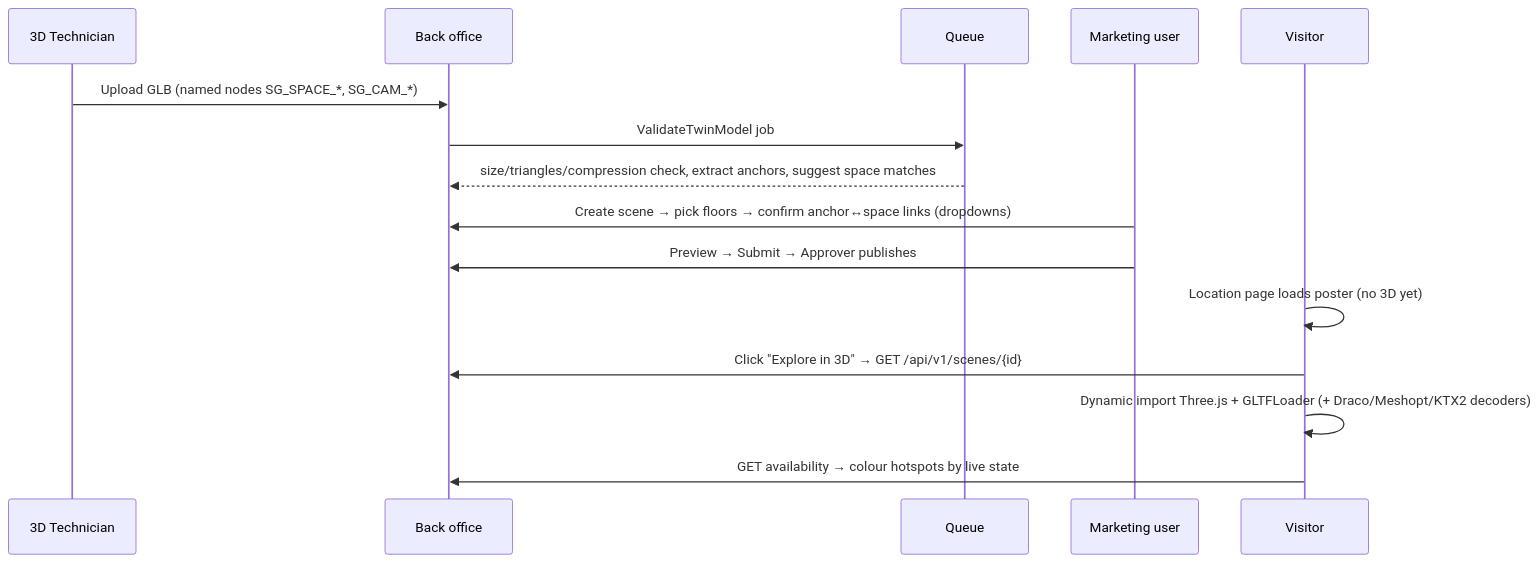
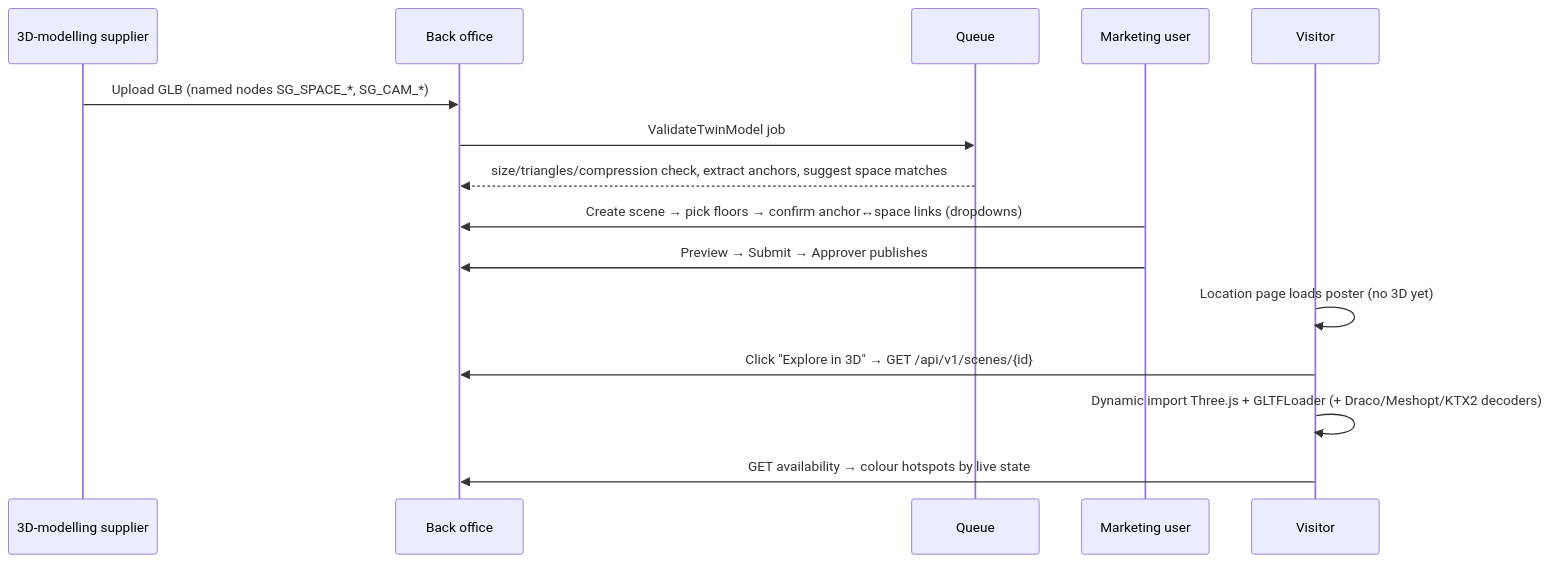
One commit to ErSuryaPrakashChamoli/smartgo changed the second of 2 diagrams in docs/architecture/SYSTEM_ARCHITECTURE.md. Above: the diagram before and after it, drawn with Mermaid. The commit also changed other lines of this file and 21 other files, not shown here.

````diff
--- a/docs/architecture/SYSTEM_ARCHITECTURE.md
+++ b/docs/architecture/SYSTEM_ARCHITECTURE.md
@@ -181,17 +181,17 @@
 ```mermaid
 sequenceDiagram
-  participant T as 3D Technician
+  participant T as 3D-modelling supplier
   participant BO as Back office
   participant Q as Queue
   participant M as Marketing user
   participant V as Visitor
   T->>BO: Upload GLB (named nodes SG_SPACE_*, SG_CAM_*)
   BO->>Q: ValidateTwinModel job
   Q-->>BO: size/triangles/compression check, extract anchors, suggest space matches
   M->>BO: Create scene → pick floors → confirm anchor↔space links (dropdowns)
   M->>BO: Preview → Submit → Approver publishes
   V->>V: Location page loads poster (no 3D yet)
   V->>BO: Click "Explore in 3D" → GET /api/v1/scenes/{id}
   V->>V: Dynamic import Three.js + GLTFLoader (+ Draco/Meshopt/KTX2 decoders)
   V->>BO: GET availability → colour hotspots by live state
 ```
````
